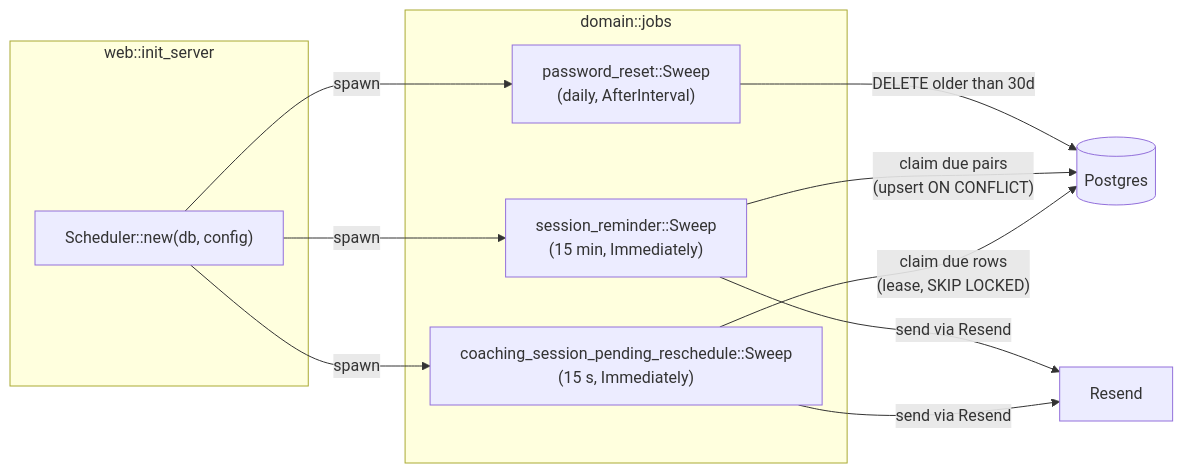
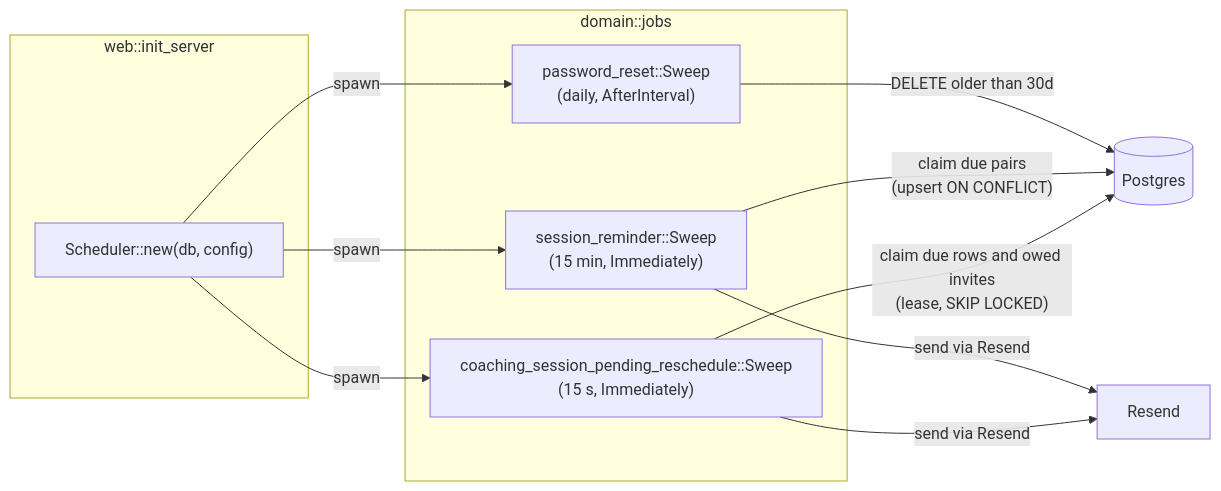
The diagram in docs/architecture/background_jobs.md (refactor-group/refactor-platform-rs), drawn with Mermaid before and after one commit. The commit also changed 22 other files, not shown here.

````diff
--- a/docs/architecture/background_jobs.md
+++ b/docs/architecture/background_jobs.md
@@ -49,21 +49,21 @@
 ```mermaid
 flowchart LR
     subgraph web["web::init_server"]
         S["Scheduler::new(db, config)"]
     end
     subgraph jobs["domain::jobs"]
         PR["password_reset::Sweep\n(daily, AfterInterval)"]
         SR["session_reminder::Sweep\n(15 min, Immediately)"]
         PRS["coaching_session_pending_reschedule::Sweep\n(15 s, Immediately)"]
     end
     DB[("Postgres")]
 
     S -->|spawn| PR
     S -->|spawn| SR
     S -->|spawn| PRS
     PR -->|"DELETE older than 30d"| DB
     SR -->|"claim due pairs\n(upsert ON CONFLICT)"| DB
     SR -->|"send via Resend"| R["Resend"]
-    PRS -->|"claim due rows\n(lease, SKIP LOCKED)"| DB
+    PRS -->|"claim due rows and owed invites\n(lease, SKIP LOCKED)"| DB
     PRS -->|"send via Resend"| R
 ```
````
